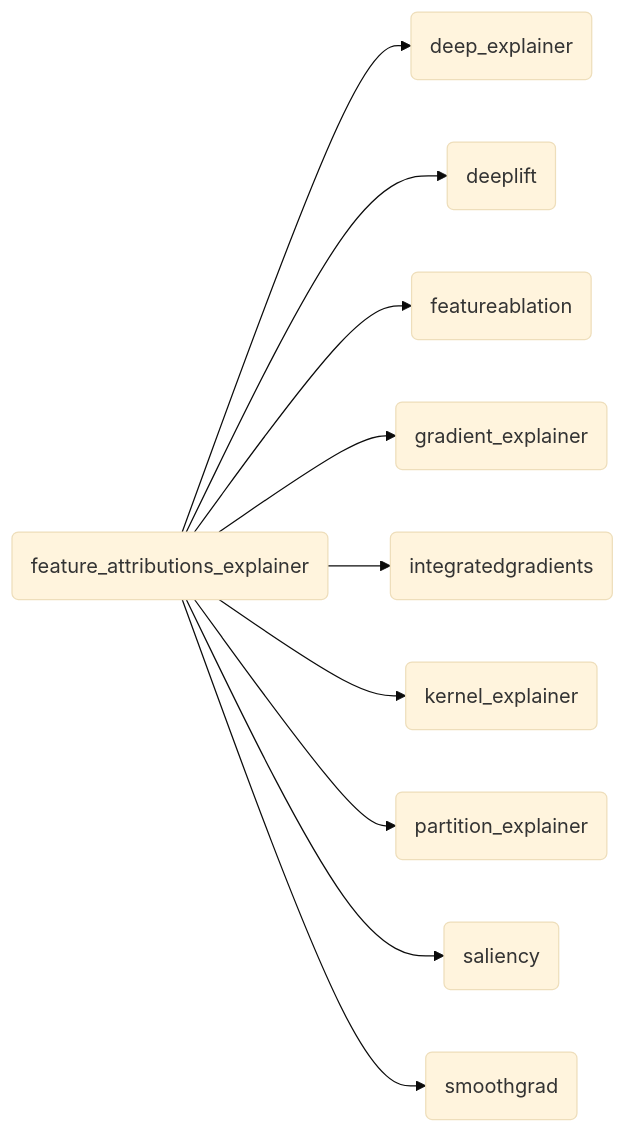
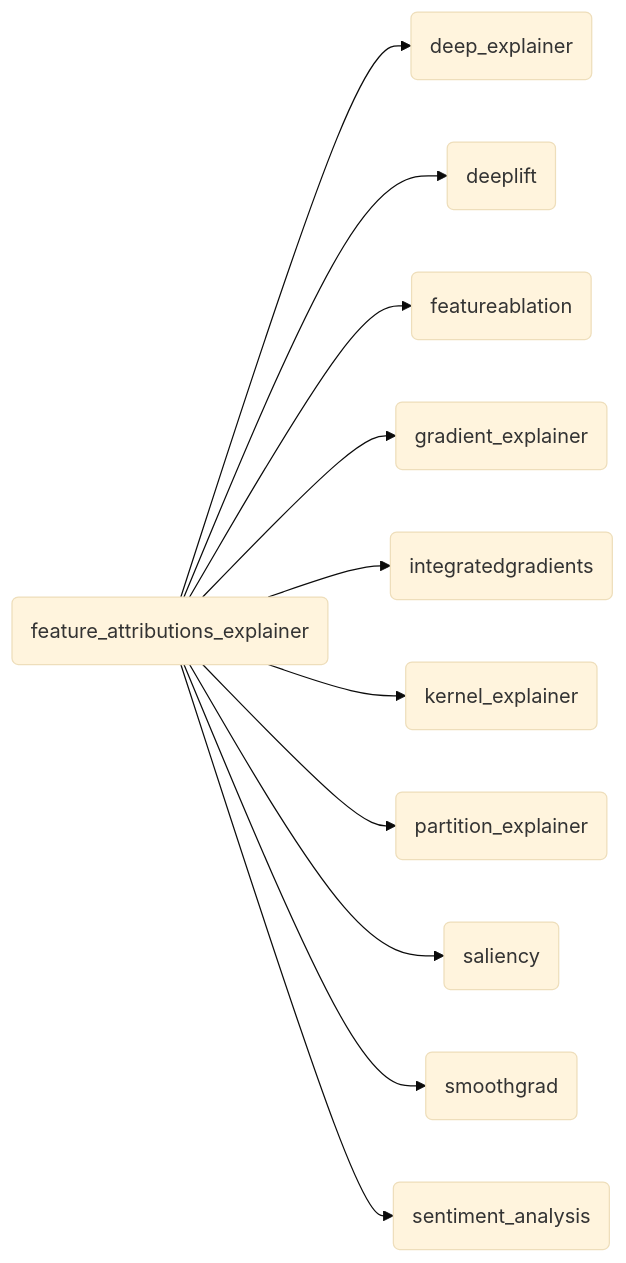
One commit to intel/intel-xai-tools changed the diagram in explainer/explainer/plugins/feature_attributions_explainer/README.md. Above: the diagram before and after it, drawn with Mermaid (base theme). The commit also changed 7 other files, not shown here.

````diff
--- a/explainer/explainer/plugins/feature_attributions_explainer/README.md
+++ b/explainer/explainer/plugins/feature_attributions_explainer/README.md
@@ -13,21 +13,23 @@
 ```{mermaid}
 graph LR
 A(feature_attributions_explainer) --> B(deep_explainer)
 A --> C(deeplift)
 A --> D(featureablation)
 A --> E(gradient_explainer)
 A --> F(integratedgradients)
 A --> G(kernel_explainer)
 A --> H(partition_explainer)
 A --> I(saliency)
 A --> J(smoothgrad)
+A --> K(sentiment_analysis)
 click B "/explainer/feature_attributions_explainer.html#feature_attributions_explainer.deep_explainer" "deep_explainer"
 click C "/explainer/feature_attributions_explainer.html#feature_attributions_explainer.deeplift" "deeplift"
 click D "/explainer/feature_attributions_explainer.html#feature_attributions_explainer.featureablation" "featureablation"
 click E "/explainer/feature_attributions_explainer.html#feature_attributions_explainer.gradient_explainer" "gradient_explainer"
 click F "/explainer/feature_attributions_explainer.html#feature_attributions_explainer.integratedgradients" "integratedgradients"
 click G "/explainer/feature_attributions_explainer.html#feature_attributions_explainer.kernel_explainer" "kernel_explainer"
 click H "/explainer/feature_attributions_explainer.html#feature_attributions_explainer.partition_explainer" "partition_explainer"
 click I "/explainer/feature_attributions_explainer.html#feature_attributions_explainer.saliency" "saliency"
 click J "/explainer/feature_attributions_explainer.html#feature_attributions_explainer.smoothgrad" "smoothgrad"
+click K "/explainer/feature_attributions_explainer.html#feature_attributions_explainer.sentiment_analysis" "sentiment_analysis"
 ```
````
